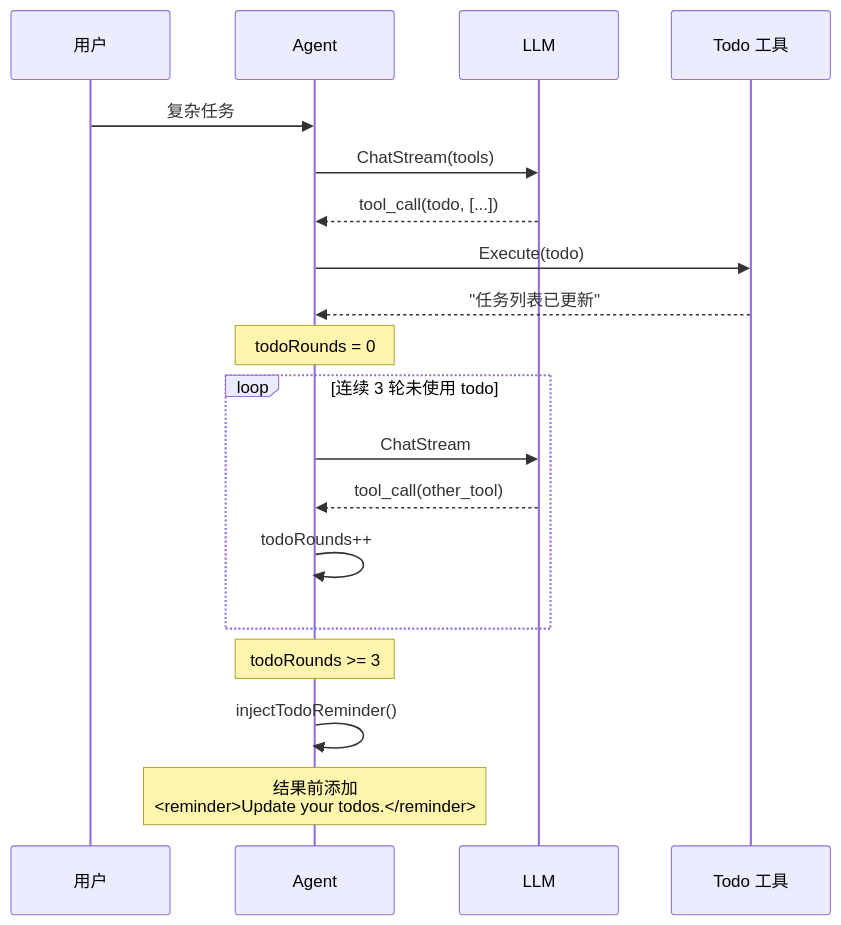
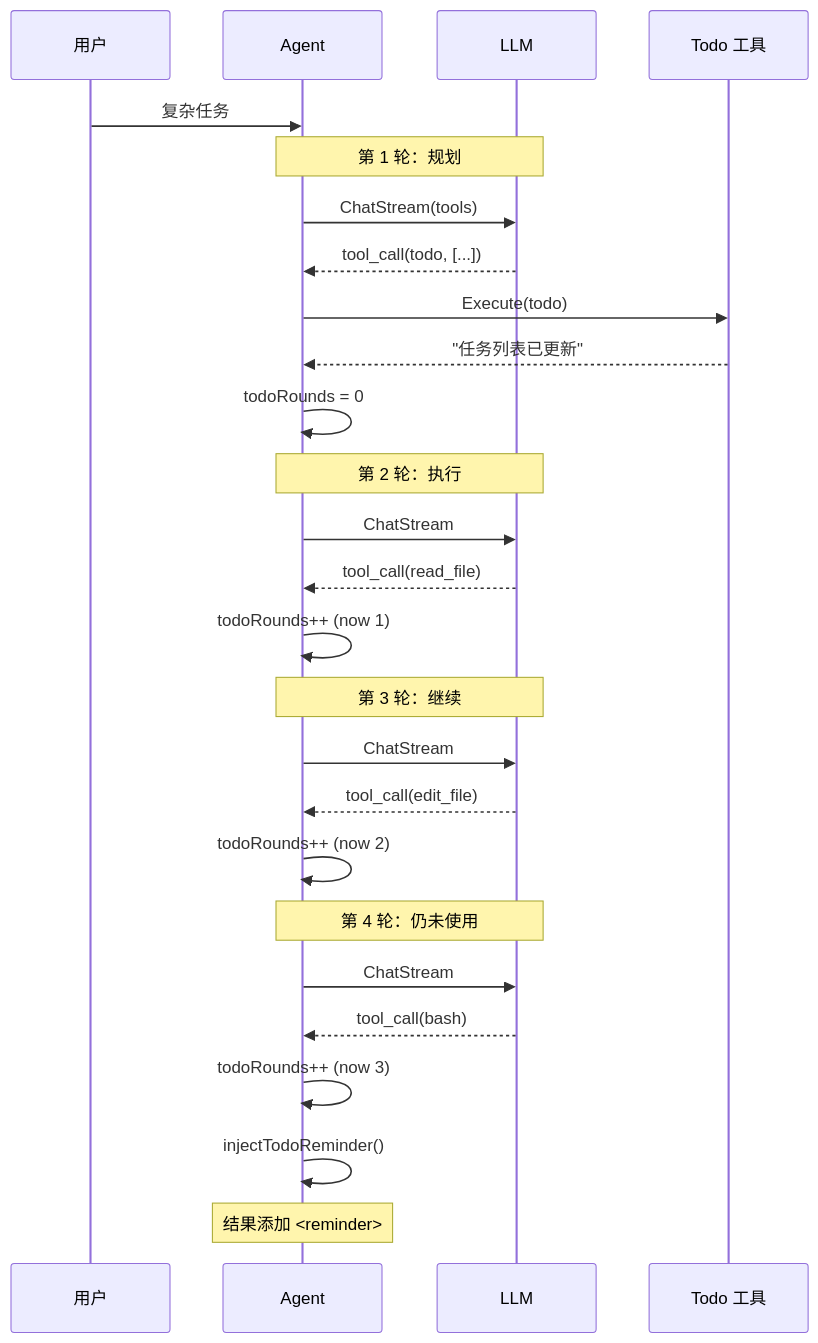
The seventh of 9 diagrams in docs/source-analysis/03-todo.md (friendlyhank/copilot), drawn with Mermaid before and after one commit. The commit also changed other lines of this file and 4 other files, not shown here.

````diff
--- a/docs/source-analysis/03-todo.md
+++ b/docs/source-analysis/03-todo.md
@@ -344,26 +426,33 @@
 ```mermaid
 sequenceDiagram
     participant U as 用户
     participant A as Agent
     participant L as LLM
     participant T as Todo 工具
-
+    
     U->>A: 复杂任务
+    
+    Note over A,L: 第 1 轮：规划
     A->>L: ChatStream(tools)
     L-->>A: tool_call(todo, [...])
     A->>T: Execute(todo)
     T-->>A: "任务列表已更新"
+    A->>A: todoRounds = 0
     
-    Note over A: todoRounds = 0
+    Note over A,L: 第 2 轮：执行
+    A->>L: ChatStream
+    L-->>A: tool_call(read_file)
+    A->>A: todoRounds++ (now 1)
     
-    loop 连续 3 轮未使用 todo
-        A->>L: ChatStream
-        L-->>A: tool_call(other_tool)
-        A->>A: todoRounds++
-    end
+    Note over A,L: 第 3 轮：继续
+    A->>L: ChatStream
+    L-->>A: tool_call(edit_file)
+    A->>A: todoRounds++ (now 2)
     
-    Note over A: todoRounds >= 3
-    
+    Note over A,L: 第 4 轮：仍未使用
+    A->>L: ChatStream
+    L-->>A: tool_call(bash)
+    A->>A: todoRounds++ (now 3)
     A->>A: injectTodoReminder()
-    Note over A: 结果前添加<br/><reminder>Update your todos.</reminder>
+    Note over A: 结果添加 <reminder>
 ```
````
